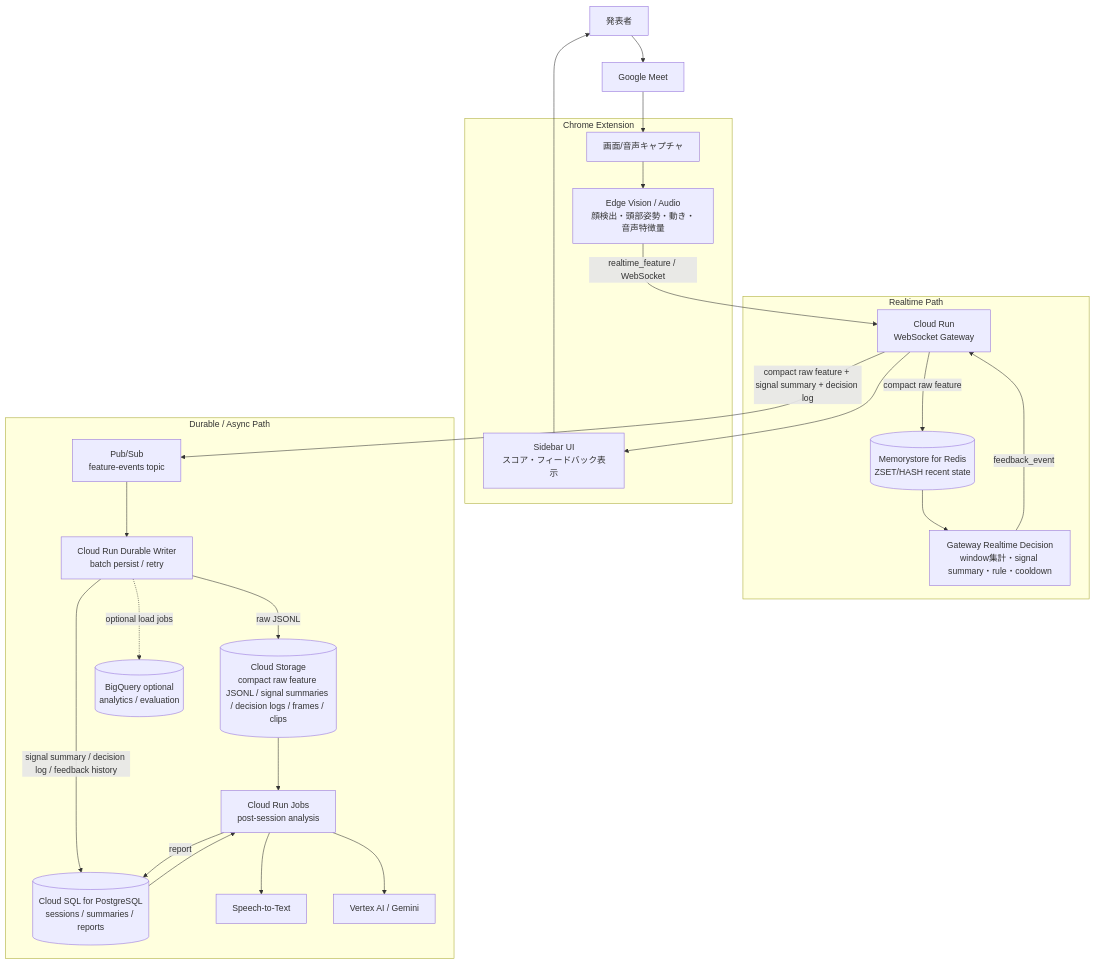
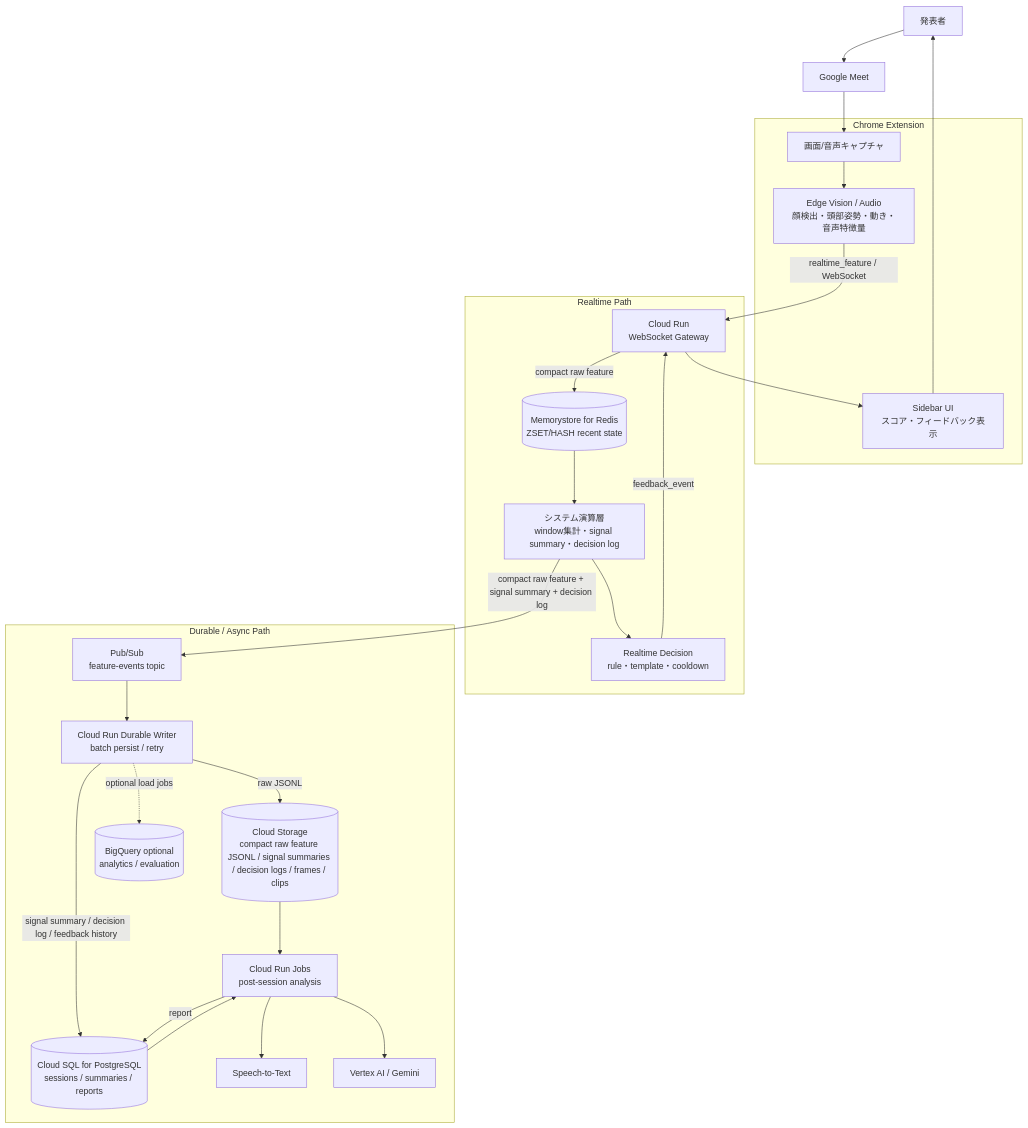
One commit to k-kanke/reaction-engine changed the diagram in architecture.md. Above: the diagram before and after it, drawn with Mermaid. The commit also changed other lines of this file and 4 other files, not shown here.

````diff
--- a/architecture.md
+++ b/architecture.md
@@ -31,51 +32,53 @@
 ```mermaid
 flowchart TB
   presenter["発表者"]
   meet["Google Meet"]
 
   subgraph extension["Chrome Extension"]
     capture["画面/音声キャプチャ"]
     edge["Edge Vision / Audio<br/>顔検出・頭部姿勢・動き・音声特徴量"]
     sidebar["Sidebar UI<br/>スコア・フィードバック表示"]
   end
 
   subgraph realtime["Realtime Path"]
     gateway["Cloud Run<br/>WebSocket Gateway"]
     redis[("Memorystore for Redis<br/>ZSET/HASH recent state")]
-    decision["Gateway Realtime Decision<br/>window集計・signal summary・rule・cooldown"]
+    systemCompute["システム演算層<br/>window集計・signal summary・decision log"]
+    decision["Realtime Decision<br/>rule・template・cooldown"]
   end
 
   subgraph durable["Durable / Async Path"]
     pubsub["Pub/Sub<br/>feature-events topic"]
     writer["Cloud Run Durable Writer<br/>batch persist / retry"]
     storage[("Cloud Storage<br/>compact raw feature JSONL / signal summaries / decision logs / frames / clips")]
     cloudsql[("Cloud SQL for PostgreSQL<br/>sessions / summaries / reports")]
     jobs["Cloud Run Jobs<br/>post-session analysis"]
     stt["Speech-to-Text"]
     vertex["Vertex AI / Gemini"]
     bq[("BigQuery optional<br/>analytics / evaluation")]
   end
 
   presenter --> meet
   meet --> capture
   capture --> edge
   edge -->|realtime_feature / WebSocket| gateway
 
   gateway -->|compact raw feature| redis
-  redis --> decision
+  redis --> systemCompute
+  systemCompute --> decision
   decision -->|feedback_event| gateway
   gateway --> sidebar
   sidebar --> presenter
 
-  gateway -->|compact raw feature + signal summary + decision log| pubsub
+  systemCompute -->|compact raw feature + signal summary + decision log| pubsub
   pubsub --> writer
   writer -->|raw JSONL| storage
   writer -->|signal summary / decision log / feedback history| cloudsql
   writer -.->|optional load jobs| bq
 
   storage --> jobs
   cloudsql --> jobs
   jobs --> stt
   jobs --> vertex
   jobs -->|report| cloudsql
 ```
````
